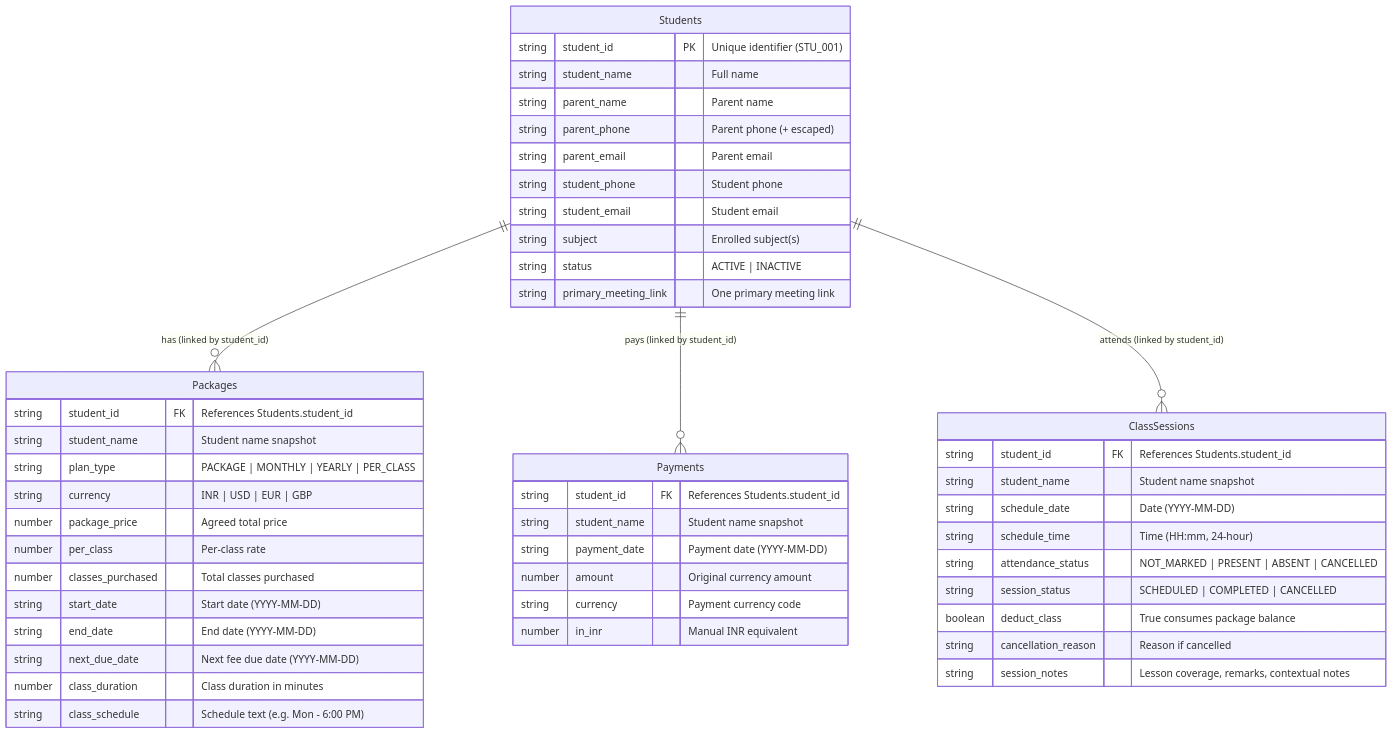
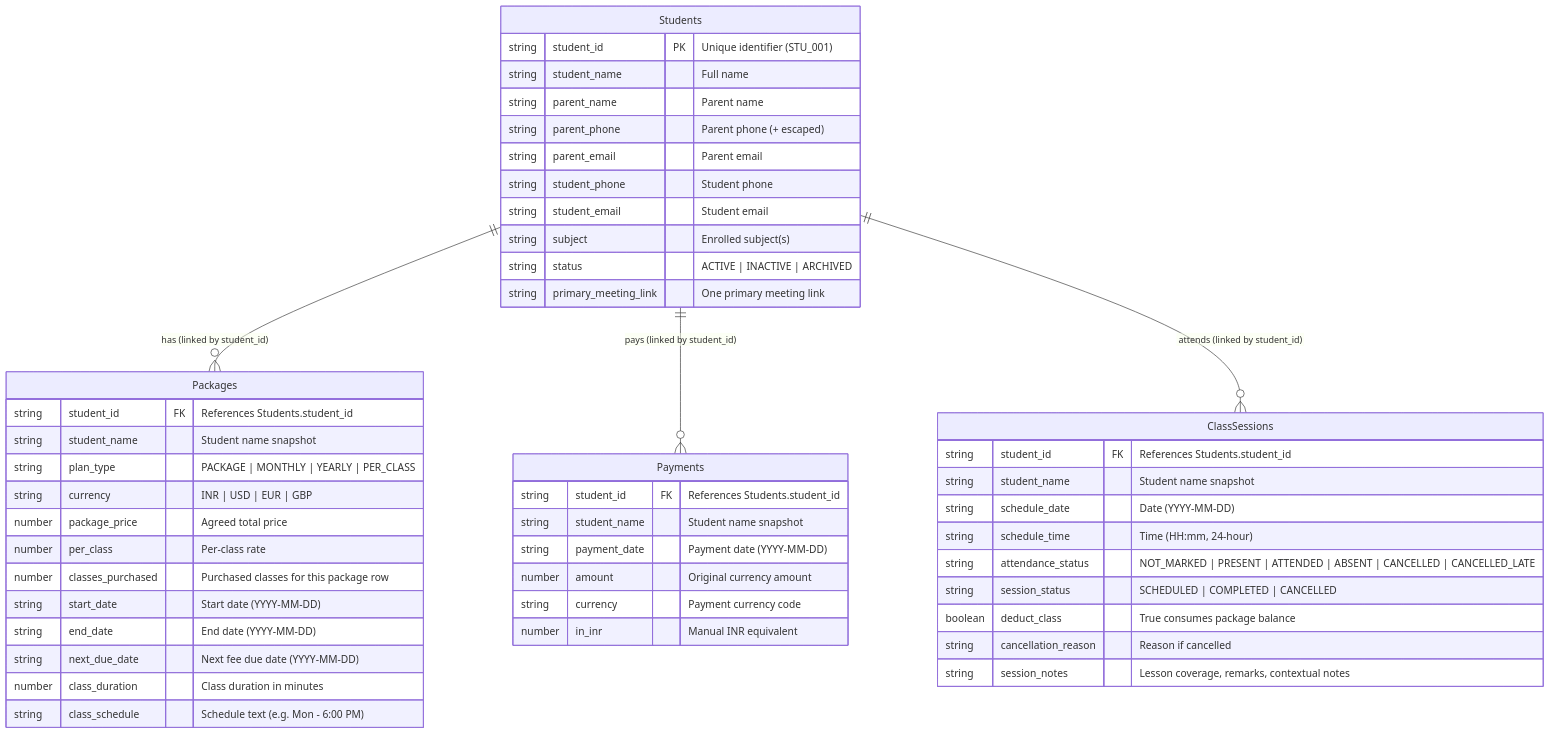
Before and after one commit to Shreya5296/Class-Diary: the third of 4 diagrams in 00-documentation/02-system-architecture.md, drawn with Mermaid. The commit also changed other lines of this file and 57 other files, not shown here.

Commit message:
docs: reconcile project documentation with current architecture

````diff
--- a/00-documentation/02-system-architecture.md
+++ b/00-documentation/02-system-architecture.md
@@ -107,55 +116,55 @@
 ```mermaid
 erDiagram
     Students ||--o{ Packages : "has (linked by student_id)"
     Students ||--o{ Payments : "pays (linked by student_id)"
     Students ||--o{ ClassSessions : "attends (linked by student_id)"
 
     Students {
         string student_id PK "Unique identifier (STU_001)"
         string student_name "Full name"
         string parent_name "Parent name"
         string parent_phone "Parent phone (+ escaped)"
         string parent_email "Parent email"
         string student_phone "Student phone"
         string student_email "Student email"
         string subject "Enrolled subject(s)"
-        string status "ACTIVE | INACTIVE"
+        string status "ACTIVE | INACTIVE | ARCHIVED"
         string primary_meeting_link "One primary meeting link"
     }
 
     Packages {
         string student_id FK "References Students.student_id"
         string student_name "Student name snapshot"
         string plan_type "PACKAGE | MONTHLY | YEARLY | PER_CLASS"
         string currency "INR | USD | EUR | GBP"
         number package_price "Agreed total price"
         number per_class "Per-class rate"
-        number classes_purchased "Total classes purchased"
+        number classes_purchased "Purchased classes for this package row"
         string start_date "Start date (YYYY-MM-DD)"
         string end_date "End date (YYYY-MM-DD)"
         string next_due_date "Next fee due date (YYYY-MM-DD)"
         number class_duration "Class duration in minutes"
         string class_schedule "Schedule text (e.g. Mon - 6:00 PM)"
     }
 
     Payments {
         string student_id FK "References Students.student_id"
         string student_name "Student name snapshot"
         string payment_date "Payment date (YYYY-MM-DD)"
         number amount "Original currency amount"
         string currency "Payment currency code"
         number in_inr "Manual INR equivalent"
     }
 
     ClassSessions {
         string student_id FK "References Students.student_id"
         string student_name "Student name snapshot"
         string schedule_date "Date (YYYY-MM-DD)"
         string schedule_time "Time (HH:mm, 24-hour)"
-        string attendance_status "NOT_MARKED | PRESENT | ABSENT | CANCELLED"
+        string attendance_status "NOT_MARKED | PRESENT | ATTENDED | ABSENT | CANCELLED | CANCELLED_LATE"
         string session_status "SCHEDULED | COMPLETED | CANCELLED"
         boolean deduct_class "True consumes package balance"
         string cancellation_reason "Reason if cancelled"
         string session_notes "Lesson coverage, remarks, contextual notes"
     }
 ```
````
